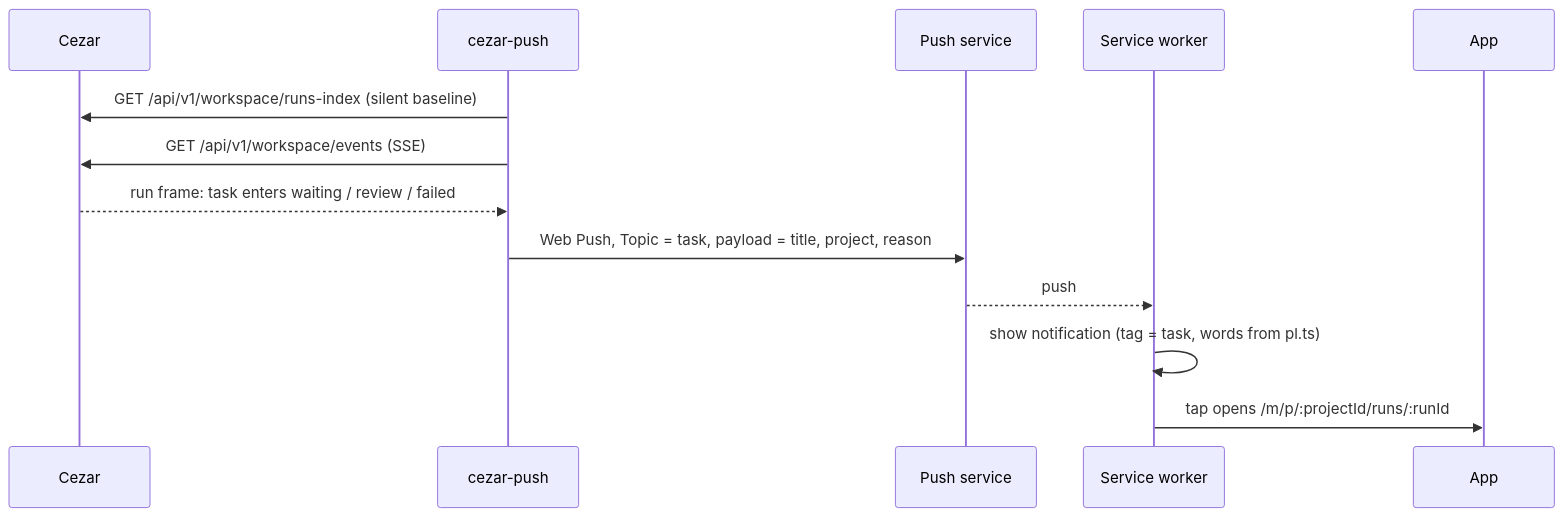
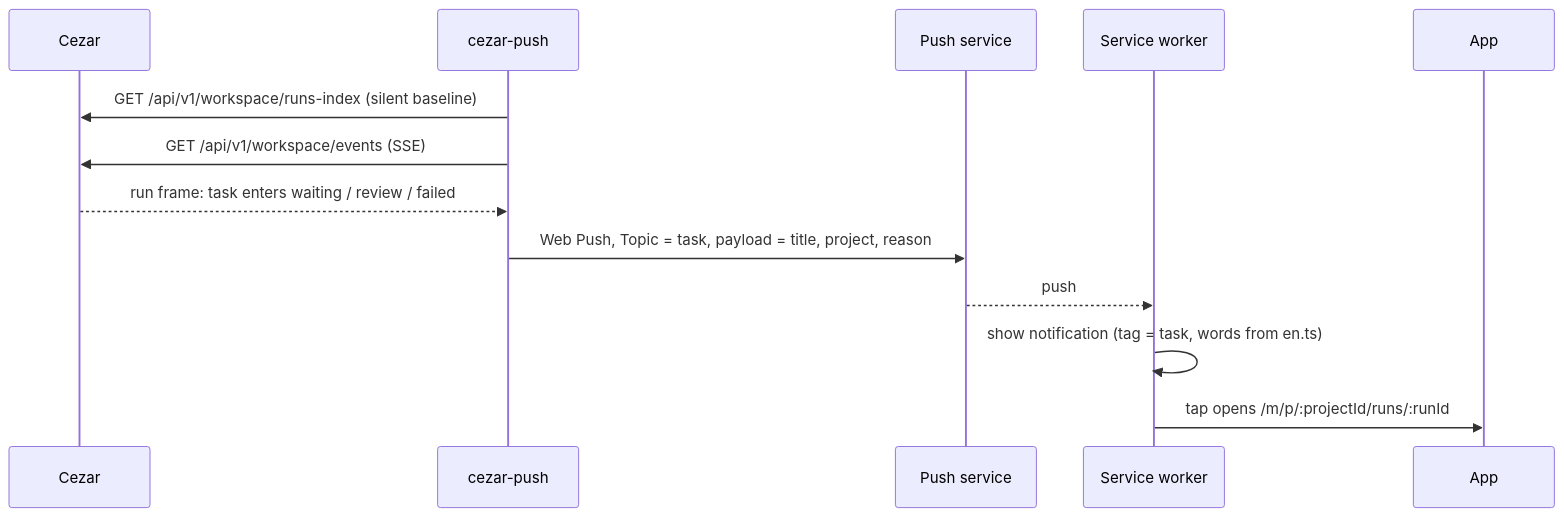
The second of 2 diagrams in README.md (cieyhomelab/cezar-pwa), drawn with Mermaid before and after one commit. The commit also changed 77 other files, not shown here.

````diff
--- a/README.md
+++ b/README.md
@@ -51,16 +51,16 @@
 ```mermaid
 sequenceDiagram
   participant C as Cezar
   participant S as cezar-push
   participant P as Push service
   participant W as Service worker
   participant A as App
 
   S->>C: GET /api/v1/workspace/runs-index (silent baseline)
   S->>C: GET /api/v1/workspace/events (SSE)
   C-->>S: run frame: task enters waiting / review / failed
   S->>P: Web Push, Topic = task, payload = title, project, reason
   P-->>W: push
-  W->>W: show notification (tag = task, words from pl.ts)
+  W->>W: show notification (tag = task, words from en.ts)
   W->>A: tap opens /m/p/:projectId/runs/:runId
 ```
````
